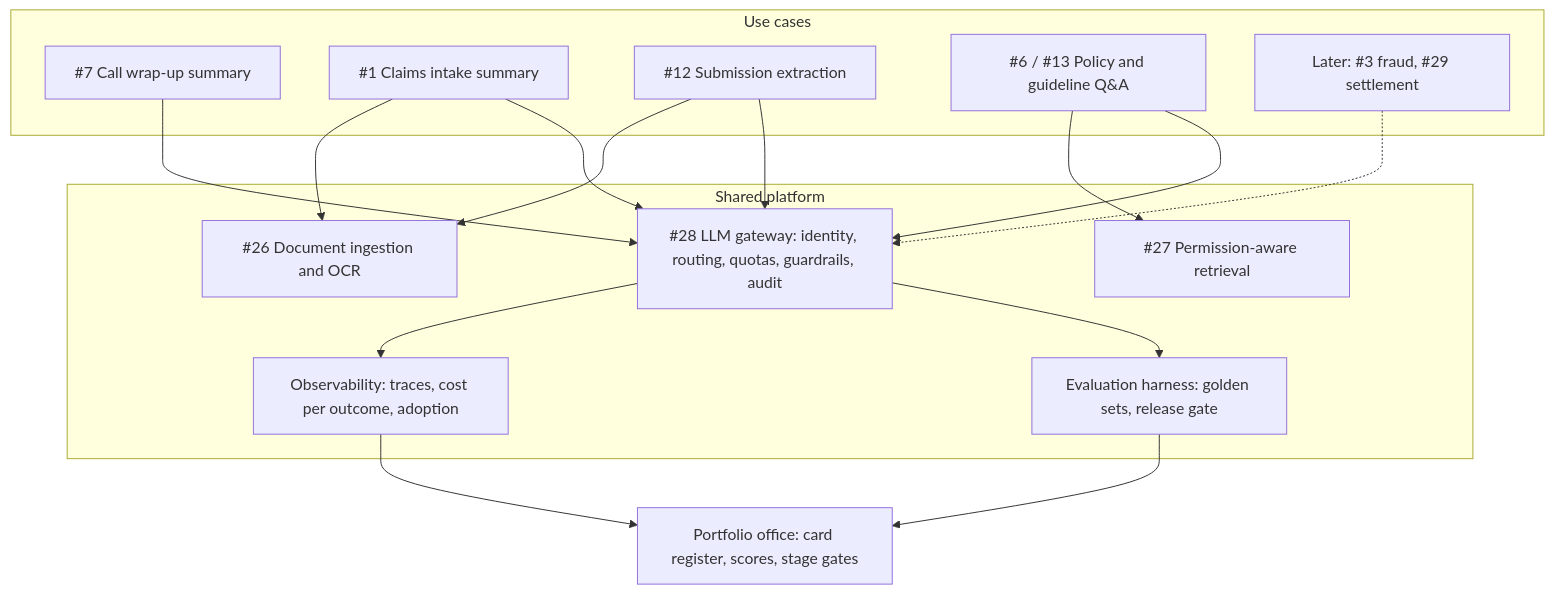
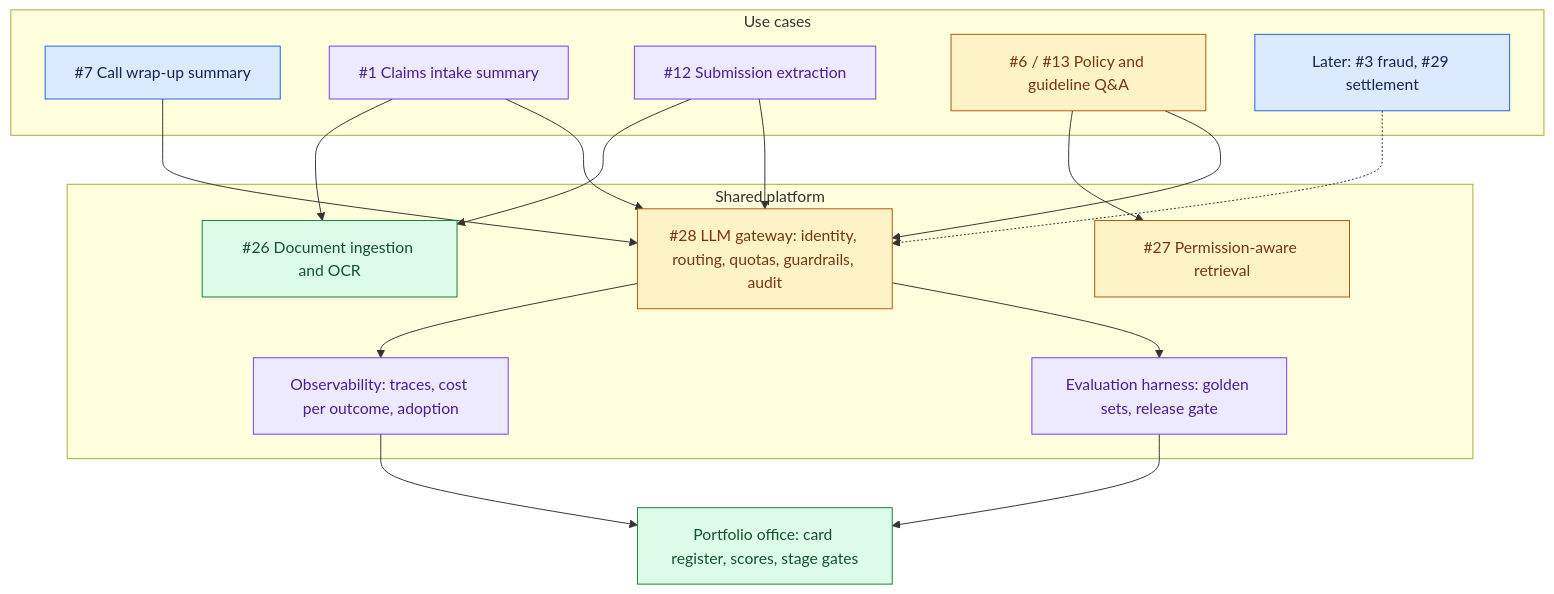
The second of 2 diagrams in site/content/modules/15-fde-case-studies/judgement-and-decomposition/prioritize-ai-use-cases/guide-part-2.md (Sourav692/Forward-Deployed-Engineer-Interview-Prep), drawn with Mermaid before and after one commit. The commit also changed other lines of this file and 1268 other files, not shown here.

First line of the commit message:
content: polish Casebook writing and Mermaid diagrams (#251)

````diff
--- a/site/content/modules/15-fde-case-studies/judgement-and-decomposition/prioritize-ai-use-cases/guide-part-2.md
+++ b/site/content/modules/15-fde-case-studies/judgement-and-decomposition/prioritize-ai-use-cases/guide-part-2.md
@@ -82,30 +94,40 @@
 ```mermaid
 flowchart TB
   subgraph UC[Use cases]
     U7["#7 Call wrap-up summary"]
     U1["#1 Claims intake summary"]
     U12["#12 Submission extraction"]
     U6["#6 / #13 Policy and guideline Q&A"]
     UL["Later: #3 fraud, #29 settlement"]
   end
   subgraph PL[Shared platform]
     GW["#28 LLM gateway: identity, routing, quotas, guardrails, audit"]
     ING["#26 Document ingestion and OCR"]
     RET["#27 Permission-aware retrieval"]
     EVAL["Evaluation harness: golden sets, release gate"]
     OBS["Observability: traces, cost per outcome, adoption"]
   end
   PO["Portfolio office: card register, scores, stage gates"]
   U7 --> GW
   U1 --> GW
   U12 --> GW
   U6 --> GW
   UL -.-> GW
   U1 --> ING
   U12 --> ING
   U6 --> RET
   GW --> EVAL
   GW --> OBS
   OBS --> PO
   EVAL --> PO
+
+    %% Casebook colours: entry, reasoning, results, controls, and stopped paths.
+    classDef cbInput fill:#dbeafe,stroke:#2563eb,color:#172554
+    class U7,UL cbInput
+    classDef cbReason fill:#ede9fe,stroke:#7c3aed,color:#4c1d95
+    class U1,U12,EVAL,OBS cbReason
+    classDef cbPolicy fill:#fef3c7,stroke:#b45309,color:#78350f
+    class U6,GW,RET cbPolicy
+    classDef cbAction fill:#dcfce7,stroke:#15803d,color:#14532d
+    class ING,PO cbAction
 ```
````
